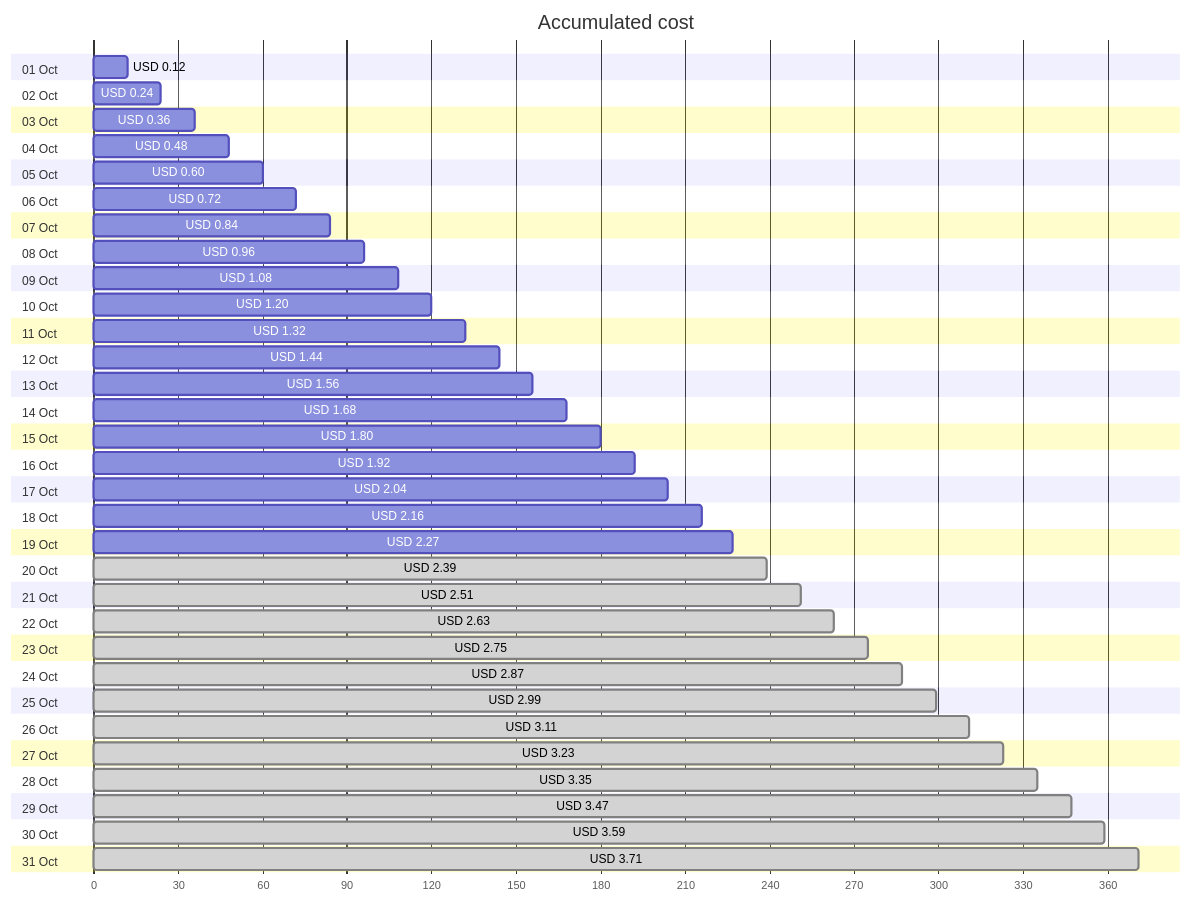
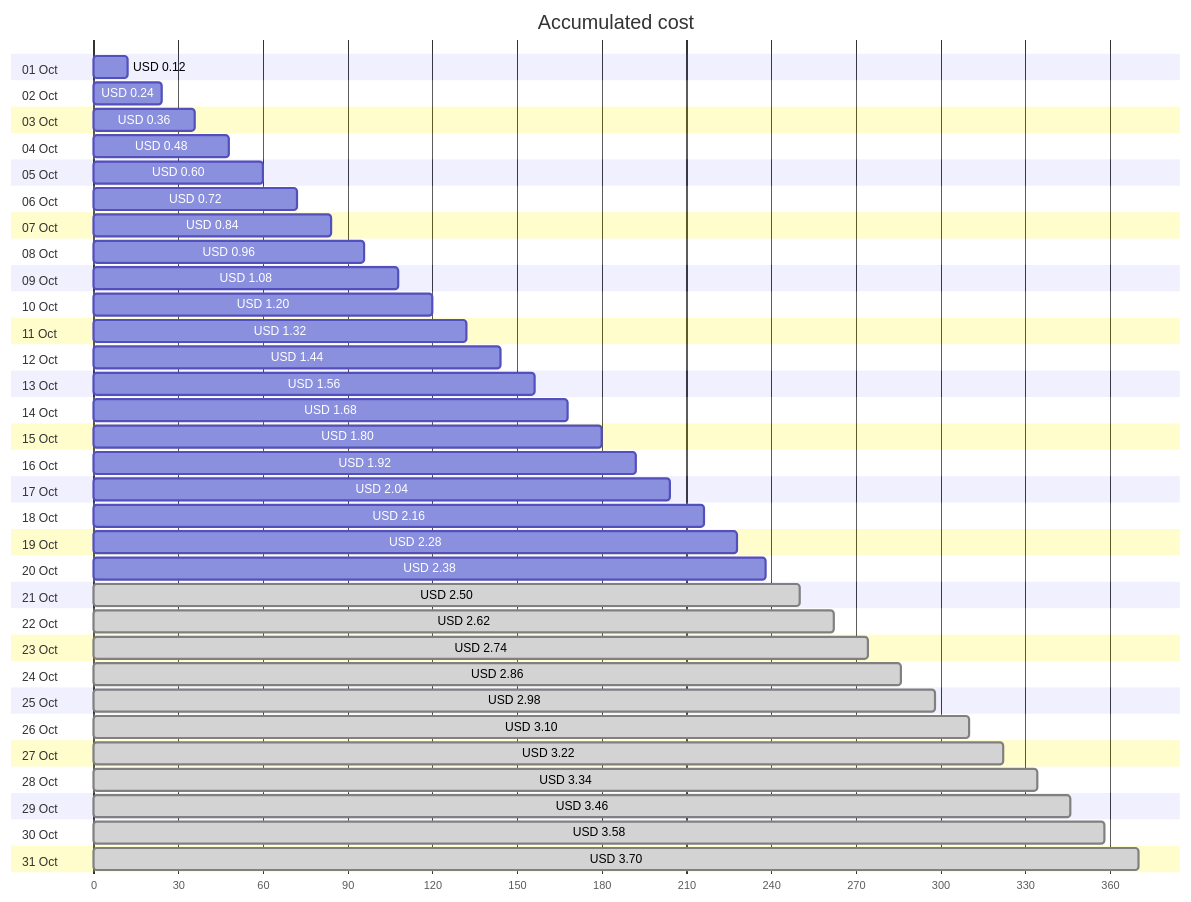
The first of 4 diagrams in cost-reports/personal-network/backup-server-public-ip.md (jpfulton/azure-personal-reports), drawn with Mermaid before and after one commit. The commit also changed other lines of this file and 8 other files, not shown here.

````diff
--- a/cost-reports/personal-network/backup-server-public-ip.md
+++ b/cost-reports/personal-network/backup-server-public-ip.md
@@ -20,68 +20,68 @@
 ```mermaid
 gantt
    title Accumulated cost
    dateFormat  X
    axisFormat %s
    section 01 Oct
    USD 0.12 :0, 12
    section 02 Oct
    USD 0.24 :0, 24
    section 03 Oct
    USD 0.36 :0, 36
    section 04 Oct
    USD 0.48 :0, 48
    section 05 Oct
    USD 0.60 :0, 60
    section 06 Oct
    USD 0.72 :0, 72
    section 07 Oct
    USD 0.84 :0, 84
    section 08 Oct
    USD 0.96 :0, 96
    section 09 Oct
    USD 1.08 :0, 108
    section 10 Oct
    USD 1.20 :0, 120
    section 11 Oct
    USD 1.32 :0, 132
    section 12 Oct
    USD 1.44 :0, 144
    section 13 Oct
    USD 1.56 :0, 156
    section 14 Oct
    USD 1.68 :0, 168
    section 15 Oct
    USD 1.80 :0, 180
    section 16 Oct
    USD 1.92 :0, 192
    section 17 Oct
    USD 2.04 :0, 204
    section 18 Oct
    USD 2.16 :0, 216
    section 19 Oct
-   USD 2.27 :0, 227
+   USD 2.28 :0, 228
    section 20 Oct
-   USD 2.39 : done, 0, 239
+   USD 2.38 :0, 238
    section 21 Oct
-   USD 2.51 : done, 0, 251
+   USD 2.50 : done, 0, 250
    section 22 Oct
-   USD 2.63 : done, 0, 263
+   USD 2.62 : done, 0, 262
    section 23 Oct
-   USD 2.75 : done, 0, 275
+   USD 2.74 : done, 0, 274
    section 24 Oct
-   USD 2.87 : done, 0, 287
+   USD 2.86 : done, 0, 286
    section 25 Oct
-   USD 2.99 : done, 0, 299
+   USD 2.98 : done, 0, 298
    section 26 Oct
-   USD 3.11 : done, 0, 311
+   USD 3.10 : done, 0, 310
    section 27 Oct
-   USD 3.23 : done, 0, 323
+   USD 3.22 : done, 0, 322
    section 28 Oct
-   USD 3.35 : done, 0, 335
+   USD 3.34 : done, 0, 334
    section 29 Oct
-   USD 3.47 : done, 0, 347
+   USD 3.46 : done, 0, 346
    section 30 Oct
-   USD 3.59 : done, 0, 359
+   USD 3.58 : done, 0, 358
    section 31 Oct
-   USD 3.71 : done, 0, 371
+   USD 3.70 : done, 0, 370
 ```
````
